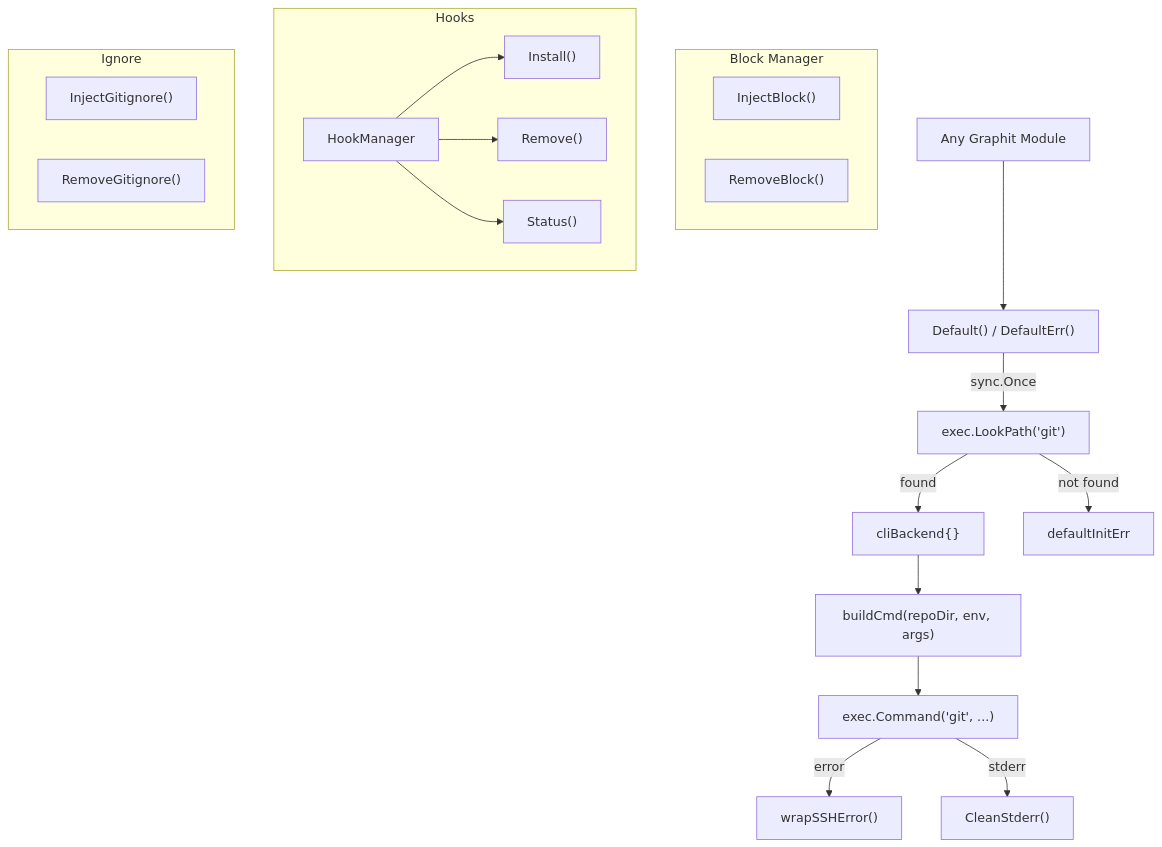
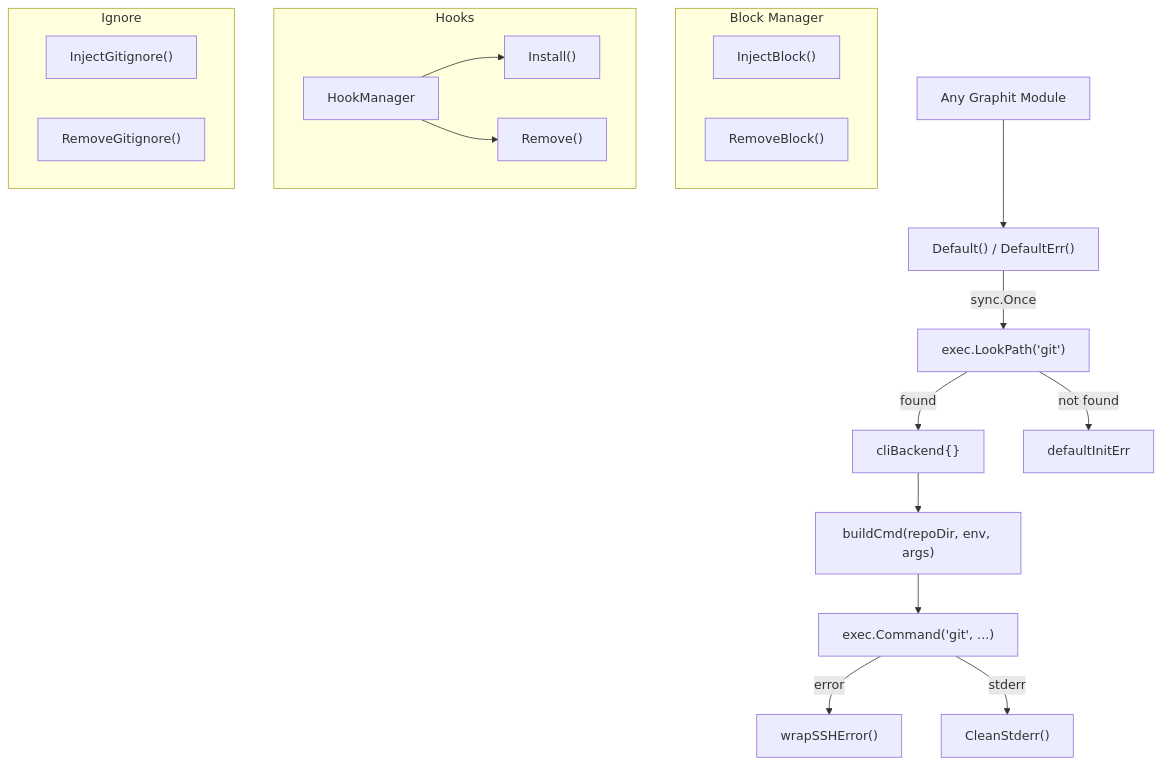
One commit to graphit-labs/graphit-code changed the diagram in docs/specs/git_module.md. Above: the diagram before and after it, drawn with Mermaid. The commit also changed other lines of this file and 28 other files, not shown here.

````diff
--- a/docs/specs/git_module.md
+++ b/docs/specs/git_module.md
@@ -30,28 +30,27 @@
 ```mermaid
 graph TD
     Caller["Any Graphit Module"] --> Singleton["Default() / DefaultErr()"]
     Singleton -->|sync.Once| LookPath["exec.LookPath('git')"]
     LookPath -- found --> Backend["cliBackend{}"]
     LookPath -- not found --> Error["defaultInitErr"]
     Backend --> BuildCmd["buildCmd(repoDir, env, args)"]
     BuildCmd --> GitCLI["exec.Command('git', ...)"]
     GitCLI -->|error| SSHWrap["wrapSSHError()"]
     GitCLI -->|stderr| CleanStderr["CleanStderr()"]
     
     subgraph "Block Manager"
         InjectBlock["InjectBlock()"]
         RemoveBlock["RemoveBlock()"]
     end
     
     subgraph "Hooks"
         HookManager["HookManager"]
         HookManager --> Install["Install()"]
         HookManager --> Remove["Remove()"]
-        HookManager --> Status["Status()"]
     end
     
     subgraph "Ignore"
         InjectGitignore["InjectGitignore()"]
         RemoveGitignore["RemoveGitignore()"]
     end
 ```
````
